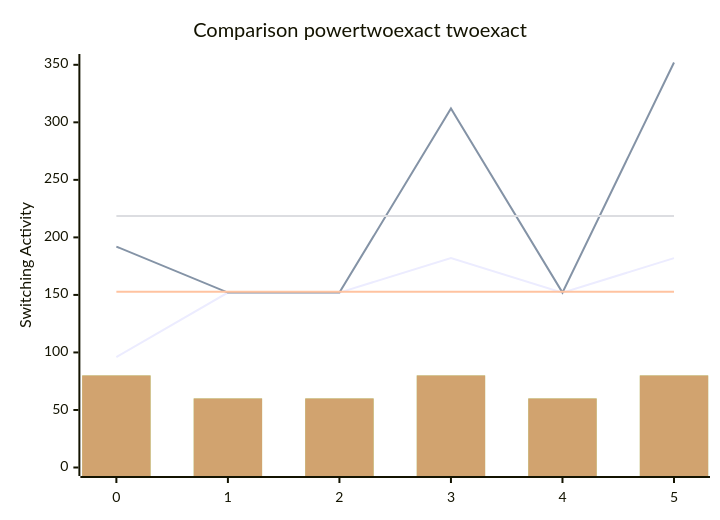
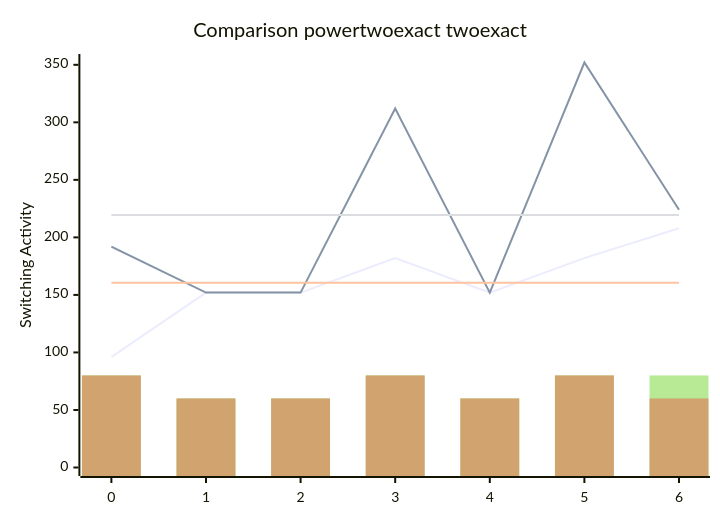
One commit to FeldmeierMichael/Exact-Power-Synthesis changed the diagram in benchmark.md. Above: the diagram before and after it, drawn with Mermaid. The commit also changed other lines of this file and 2 other files, not shown here.

````diff
--- a/benchmark.md
+++ b/benchmark.md
@@ -13,12 +15,12 @@
 ```mermaid
 xychart-beta
     title "Comparison powertwoexact twoexact"
-    x-axis [0, 1, 2, 3, 4, 5]
+    x-axis [0, 1, 2, 3, 4, 5, 6]
     y-axis "Switching Activity" 0-->352
-    line [96, 152, 152, 182, 152, 182]
-    line [192, 152, 152, 312, 152, 352]
-    line [152.66666666666666, 152.66666666666666, 152.66666666666666, 152.66666666666666, 152.66666666666666, 152.66666666666666]
-    line [218.66666666666666, 218.66666666666666, 218.66666666666666, 218.66666666666666, 218.66666666666666, 218.66666666666666]
-    bar [80, 60, 60, 80, 60, 80]
-    bar [80, 60, 60, 80, 60, 80]
+    line [96, 152, 152, 182, 152, 182, 208]
+    line [192, 152, 152, 312, 152, 352, 224]
+    line [160.57142857142858, 160.57142857142858, 160.57142857142858, 160.57142857142858, 160.57142857142858, 160.57142857142858, 160.57142857142858]
+    line [219.42857142857142, 219.42857142857142, 219.42857142857142, 219.42857142857142, 219.42857142857142, 219.42857142857142, 219.42857142857142]
+    bar [80, 60, 60, 80, 60, 80, 80]
+    bar [80, 60, 60, 80, 60, 80, 60]
 ```
````
